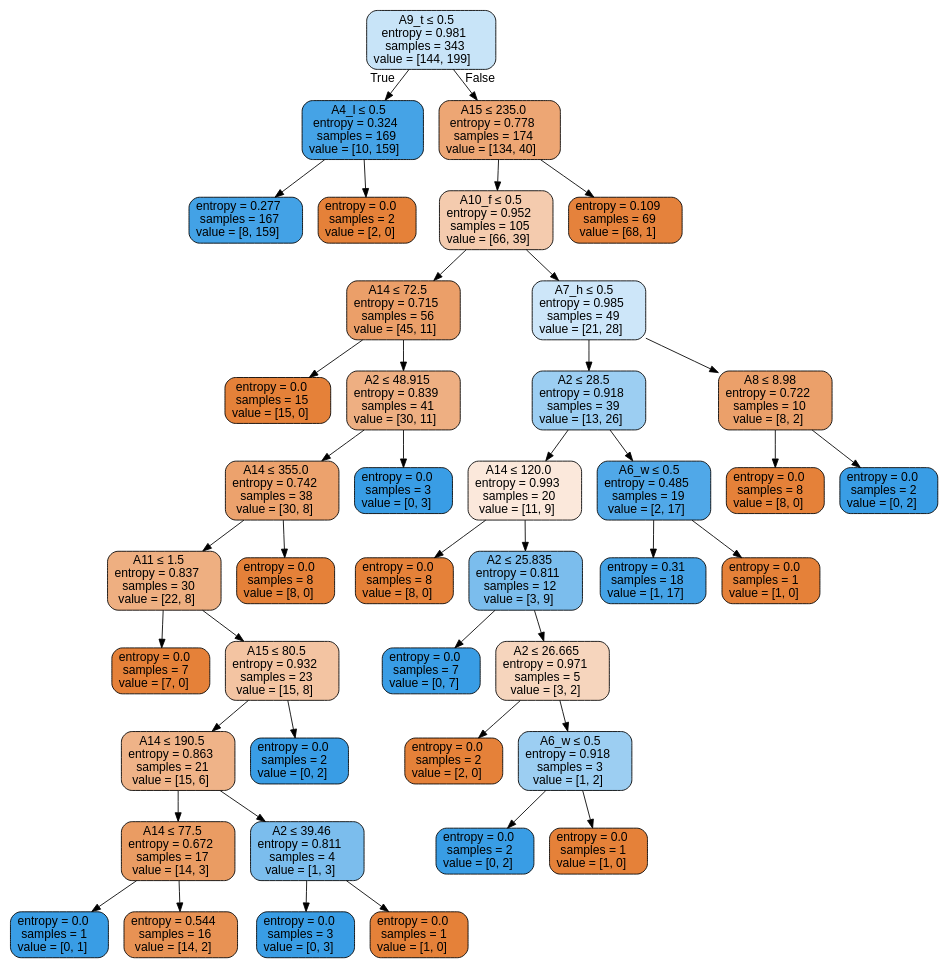
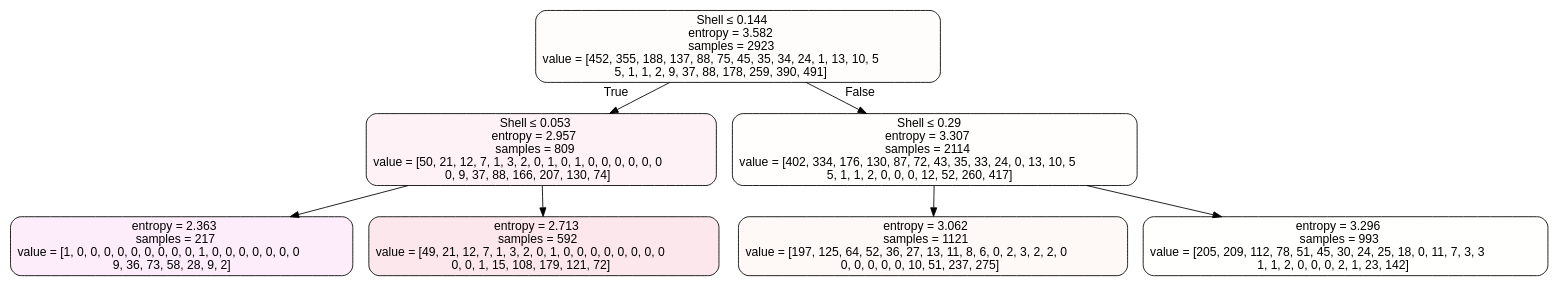
Before and after one commit to appleyuchi/Decision_Tree_Prune: the diagram in sklearn_cart-classification_CCP-finish/sklearnCART2json_CCP/visualization/T4.dot, drawn with Graphviz. The commit also changed 33 other files, not shown here.

```diff
--- a/sklearn_cart-classification_CCP-finish/sklearnCART2json_CCP/visualization/T4.dot
+++ b/sklearn_cart-classification_CCP-finish/sklearnCART2json_CCP/visualization/T4.dot
@@ -1,85 +1,17 @@
 digraph Tree {
 node [shape=box, style="filled, rounded", color="black", fontname=helvetica] ;
 edge [fontname=helvetica] ;
-0 [label=<A9_t &le; 0.5<br/>entropy = 0.981<br/>samples = 343<br/>value = [144, 199]>, fillcolor="#399de546"] ;
-1 [label=<A4_l &le; 0.5<br/>entropy = 0.324<br/>samples = 169<br/>value = [10, 159]>, fillcolor="#399de5ef"] ;
+0 [label=<Shell &le; 0.144<br/>entropy = 3.582<br/>samples = 2923<br/>value = [452, 355, 188, 137, 88, 75, 45, 35, 34, 24, 1, 13, 10, 5<br/>5, 1, 1, 2, 9, 37, 88, 178, 259, 390, 491]>, fillcolor="#e5563904"] ;
+1 [label=<Shell &le; 0.053<br/>entropy = 2.957<br/>samples = 809<br/>value = [50, 21, 12, 7, 1, 3, 2, 0, 1, 0, 1, 0, 0, 0, 0, 0, 0<br/>0, 9, 37, 88, 166, 207, 130, 74]>, fillcolor="#e5396f10"] ;
 0 -> 1 [labeldistance=2.5, labelangle=45, headlabel="True"] ;
-2 [label=<entropy = 0.277<br/>samples = 167<br/>value = [8, 159]>, fillcolor="#399de5f2"] ;
+2 [label=<entropy = 2.363<br/>samples = 217<br/>value = [1, 0, 0, 0, 0, 0, 0, 0, 0, 0, 1, 0, 0, 0, 0, 0, 0, 0<br/>9, 36, 73, 58, 28, 9, 2]>, fillcolor="#e539c018"] ;
 1 -> 2 ;
-27 [label=<entropy = 0.0<br/>samples = 2<br/>value = [2, 0]>, fillcolor="#e58139ff"] ;
-1 -> 27 ;
-28 [label=<A15 &le; 235.0<br/>entropy = 0.778<br/>samples = 174<br/>value = [134, 40]>, fillcolor="#e58139b3"] ;
-0 -> 28 [labeldistance=2.5, labelangle=-45, headlabel="False"] ;
-29 [label=<A10_f &le; 0.5<br/>entropy = 0.952<br/>samples = 105<br/>value = [66, 39]>, fillcolor="#e5813968"] ;
-28 -> 29 ;
-30 [label=<A14 &le; 72.5<br/>entropy = 0.715<br/>samples = 56<br/>value = [45, 11]>, fillcolor="#e58139c1"] ;
-29 -> 30 ;
-31 [label=<entropy = 0.0<br/>samples = 15<br/>value = [15, 0]>, fillcolor="#e58139ff"] ;
-30 -> 31 ;
-32 [label=<A2 &le; 48.915<br/>entropy = 0.839<br/>samples = 41<br/>value = [30, 11]>, fillcolor="#e58139a1"] ;
-30 -> 32 ;
-33 [label=<A14 &le; 355.0<br/>entropy = 0.742<br/>samples = 38<br/>value = [30, 8]>, fillcolor="#e58139bb"] ;
-32 -> 33 ;
-34 [label=<A11 &le; 1.5<br/>entropy = 0.837<br/>samples = 30<br/>value = [22, 8]>, fillcolor="#e58139a2"] ;
-33 -> 34 ;
-35 [label=<entropy = 0.0<br/>samples = 7<br/>value = [7, 0]>, fillcolor="#e58139ff"] ;
-34 -> 35 ;
-36 [label=<A15 &le; 80.5<br/>entropy = 0.932<br/>samples = 23<br/>value = [15, 8]>, fillcolor="#e5813977"] ;
-34 -> 36 ;
-37 [label=<A14 &le; 190.5<br/>entropy = 0.863<br/>samples = 21<br/>value = [15, 6]>, fillcolor="#e5813999"] ;
-36 -> 37 ;
-38 [label=<A14 &le; 77.5<br/>entropy = 0.672<br/>samples = 17<br/>value = [14, 3]>, fillcolor="#e58139c8"] ;
-37 -> 38 ;
-39 [label=<entropy = 0.0<br/>samples = 1<br/>value = [0, 1]>, fillcolor="#399de5ff"] ;
-38 -> 39 ;
-40 [label=<entropy = 0.544<br/>samples = 16<br/>value = [14, 2]>, fillcolor="#e58139db"] ;
-38 -> 40 ;
-41 [label=<A2 &le; 39.46<br/>entropy = 0.811<br/>samples = 4<br/>value = [1, 3]>, fillcolor="#399de5aa"] ;
-37 -> 41 ;
-42 [label=<entropy = 0.0<br/>samples = 3<br/>value = [0, 3]>, fillcolor="#399de5ff"] ;
-41 -> 42 ;
-43 [label=<entropy = 0.0<br/>samples = 1<br/>value = [1, 0]>, fillcolor="#e58139ff"] ;
-41 -> 43 ;
-44 [label=<entropy = 0.0<br/>samples = 2<br/>value = [0, 2]>, fillcolor="#399de5ff"] ;
-36 -> 44 ;
-45 [label=<entropy = 0.0<br/>samples = 8<br/>value = [8, 0]>, fillcolor="#e58139ff"] ;
-33 -> 45 ;
-46 [label=<entropy = 0.0<br/>samples = 3<br/>value = [0, 3]>, fillcolor="#399de5ff"] ;
-32 -> 46 ;
-47 [label=<A7_h &le; 0.5<br/>entropy = 0.985<br/>samples = 49<br/>value = [21, 28]>, fillcolor="#399de540"] ;
-29 -> 47 ;
-48 [label=<A2 &le; 28.5<br/>entropy = 0.918<br/>samples = 39<br/>value = [13, 26]>, fillcolor="#399de57f"] ;
-47 -> 48 ;
-49 [label=<A14 &le; 120.0<br/>entropy = 0.993<br/>samples = 20<br/>value = [11, 9]>, fillcolor="#e581392e"] ;
-48 -> 49 ;
-50 [label=<entropy = 0.0<br/>samples = 8<br/>value = [8, 0]>, fillcolor="#e58139ff"] ;
-49 -> 50 ;
-51 [label=<A2 &le; 25.835<br/>entropy = 0.811<br/>samples = 12<br/>value = [3, 9]>, fillcolor="#399de5aa"] ;
-49 -> 51 ;
-52 [label=<entropy = 0.0<br/>samples = 7<br/>value = [0, 7]>, fillcolor="#399de5ff"] ;
-51 -> 52 ;
-53 [label=<A2 &le; 26.665<br/>entropy = 0.971<br/>samples = 5<br/>value = [3, 2]>, fillcolor="#e5813955"] ;
-51 -> 53 ;
-54 [label=<entropy = 0.0<br/>samples = 2<br/>value = [2, 0]>, fillcolor="#e58139ff"] ;
-53 -> 54 ;
-55 [label=<A6_w &le; 0.5<br/>entropy = 0.918<br/>samples = 3<br/>value = [1, 2]>, fillcolor="#399de57f"] ;
-53 -> 55 ;
-56 [label=<entropy = 0.0<br/>samples = 2<br/>value = [0, 2]>, fillcolor="#399de5ff"] ;
-55 -> 56 ;
-57 [label=<entropy = 0.0<br/>samples = 1<br/>value = [1, 0]>, fillcolor="#e58139ff"] ;
-55 -> 57 ;
-58 [label=<A6_w &le; 0.5<br/>entropy = 0.485<br/>samples = 19<br/>value = [2, 17]>, fillcolor="#399de5e1"] ;
-48 -> 58 ;
-59 [label=<entropy = 0.31<br/>samples = 18<br/>value = [1, 17]>, fillcolor="#399de5f0"] ;
-58 -> 59 ;
-64 [label=<entropy = 0.0<br/>samples = 1<br/>value = [1, 0]>, fillcolor="#e58139ff"] ;
-58 -> 64 ;
-65 [label=<A8 &le; 8.98<br/>entropy = 0.722<br/>samples = 10<br/>value = [8, 2]>, fillcolor="#e58139bf"] ;
-47 -> 65 ;
-66 [label=<entropy = 0.0<br/>samples = 8<br/>value = [8, 0]>, fillcolor="#e58139ff"] ;
-65 -> 66 ;
-67 [label=<entropy = 0.0<br/>samples = 2<br/>value = [0, 2]>, fillcolor="#399de5ff"] ;
-65 -> 67 ;
-68 [label=<entropy = 0.109<br/>samples = 69<br/>value = [68, 1]>, fillcolor="#e58139fb"] ;
-28 -> 68 ;
+5 [label=<entropy = 2.713<br/>samples = 592<br/>value = [49, 21, 12, 7, 1, 3, 2, 0, 1, 0, 0, 0, 0, 0, 0, 0, 0<br/>0, 0, 1, 15, 108, 179, 121, 72]>, fillcolor="#e5396f1f"] ;
+1 -> 5 ;
+8 [label=<Shell &le; 0.29<br/>entropy = 3.307<br/>samples = 2114<br/>value = [402, 334, 176, 130, 87, 72, 43, 35, 33, 24, 0, 13, 10, 5<br/>5, 1, 1, 2, 0, 0, 0, 12, 52, 260, 417]>, fillcolor="#e5563902"] ;
+0 -> 8 [labeldistance=2.5, labelangle=-45, headlabel="False"] ;
+9 [label=<entropy = 3.062<br/>samples = 1121<br/>value = [197, 125, 64, 52, 36, 27, 13, 11, 8, 6, 0, 2, 3, 2, 2, 0<br/>0, 0, 0, 0, 0, 10, 51, 237, 275]>, fillcolor="#e556390b"] ;
+8 -> 9 ;
+12 [label=<entropy = 3.296<br/>samples = 993<br/>value = [205, 209, 112, 78, 51, 45, 30, 24, 25, 18, 0, 11, 7, 3, 3<br/>1, 1, 2, 0, 0, 0, 2, 1, 23, 142]>, fillcolor="#e5a93901"] ;
+8 -> 12 ;
 }
```
